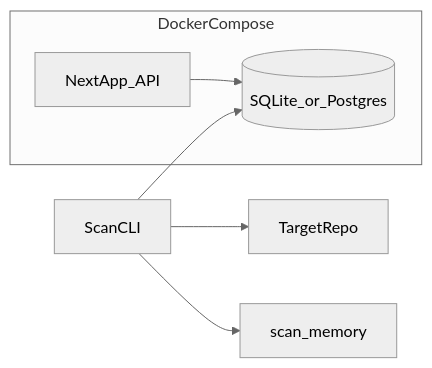
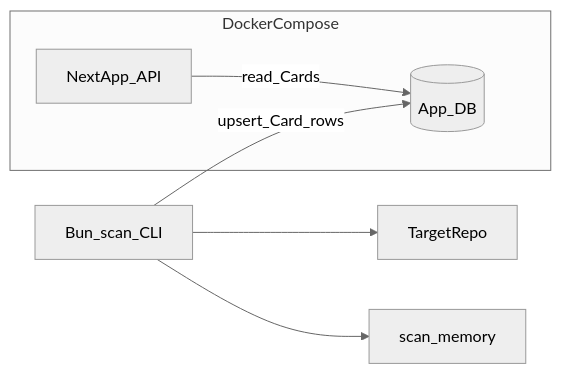
One commit to DmitryPR/codepiece changed the diagram in plan/INITIAL.md. Above: the diagram before and after it, drawn with Mermaid (neutral theme). The commit also changed other lines of this file and 1 other file, not shown here.

First line of the commit message:
Docs: Bun scan fills scan memory and Card index in shared DB

````diff
--- a/plan/INITIAL.md
+++ b/plan/INITIAL.md
@@ -23,14 +23,14 @@
 ```mermaid
 flowchart LR
   subgraph docker [DockerCompose]
     web[NextApp_API]
-    db[(SQLite_or_Postgres)]
+    db[(App_DB)]
   end
-  cli[ScanCLI]
+  cli[Bun_scan_CLI]
   mem[scan_memory]
   repo[TargetRepo]
   cli --> repo
   cli --> mem
-  cli --> db
-  web --> db
+  cli -->|"upsert_Card_rows"| db
+  web -->|"read_Cards"| db
 ```
````
